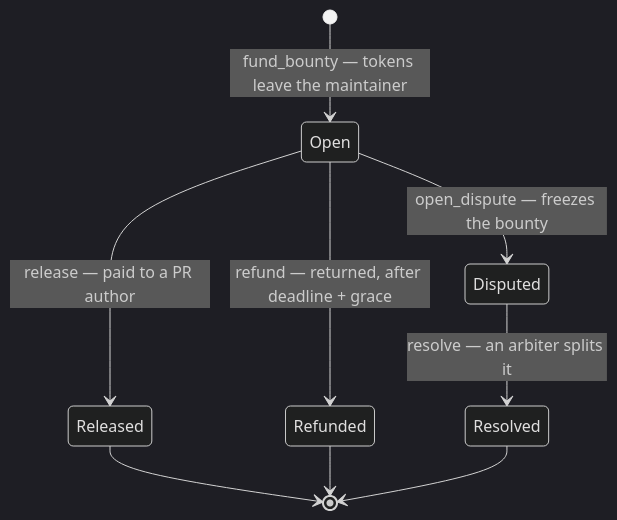
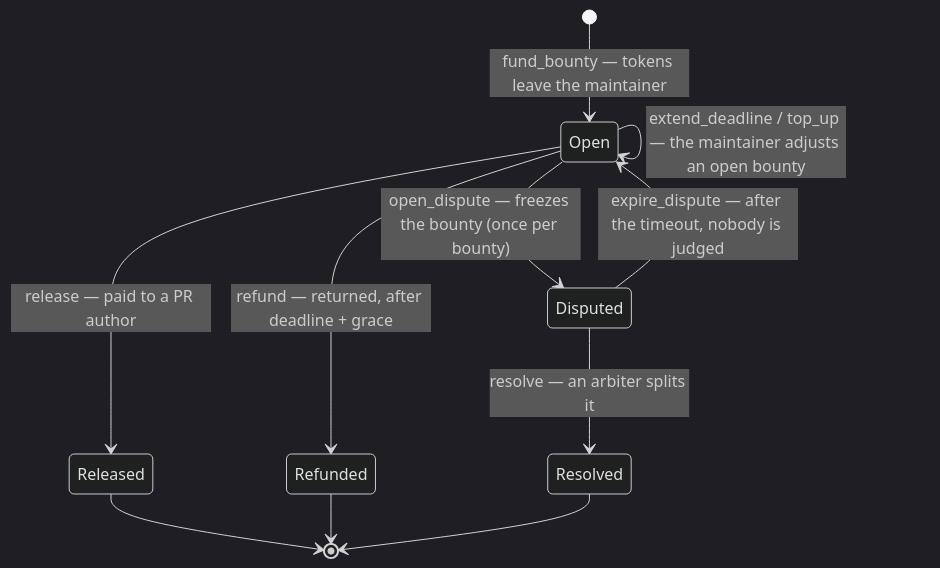
Before and after one commit to Big-JoshCode/escrow-contracts: the diagram in README.md, drawn with Mermaid (dark theme). The commit also changed other lines of this file and 6 other files, not shown here.

First line of the commit message:
feat(bounty_escrow): extend_deadline, top_up, dispute timeout and deferred payouts

````diff
--- a/README.md
+++ b/README.md
@@ -26,11 +26,13 @@
 ```mermaid
 stateDiagram-v2
     [*] --> Open: fund_bounty — tokens leave the maintainer
     Open --> Released: release — paid to a PR author
     Open --> Refunded: refund — returned, after deadline + grace
-    Open --> Disputed: open_dispute — freezes the bounty
+    Open --> Open: extend_deadline / top_up — the maintainer adjusts an open bounty
+    Open --> Disputed: open_dispute — freezes the bounty (once per bounty)
     Disputed --> Resolved: resolve — an arbiter splits it
+    Disputed --> Open: expire_dispute — after the timeout, nobody is judged
     Released --> [*]
     Refunded --> [*]
     Resolved --> [*]
 ```
````
